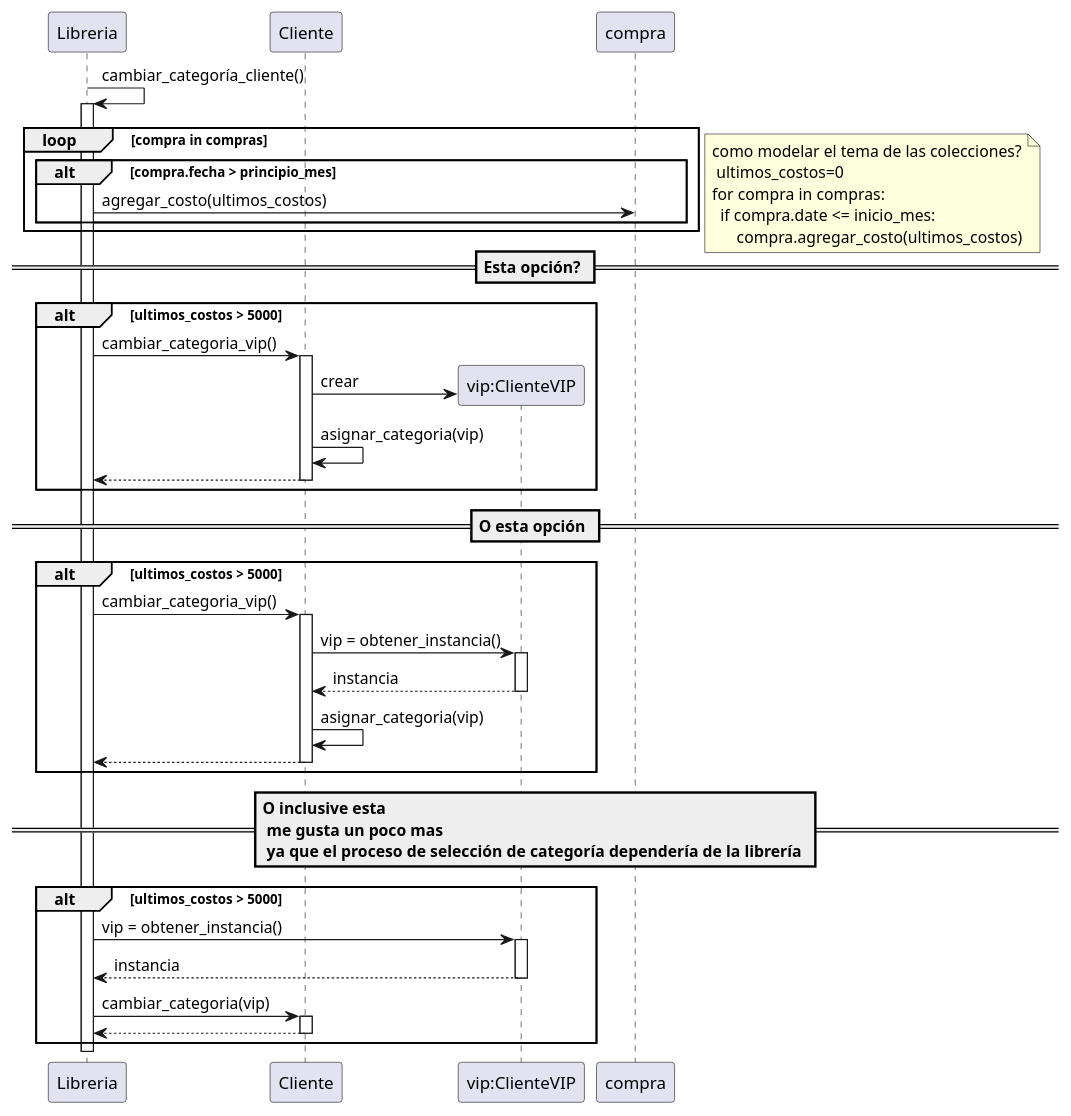
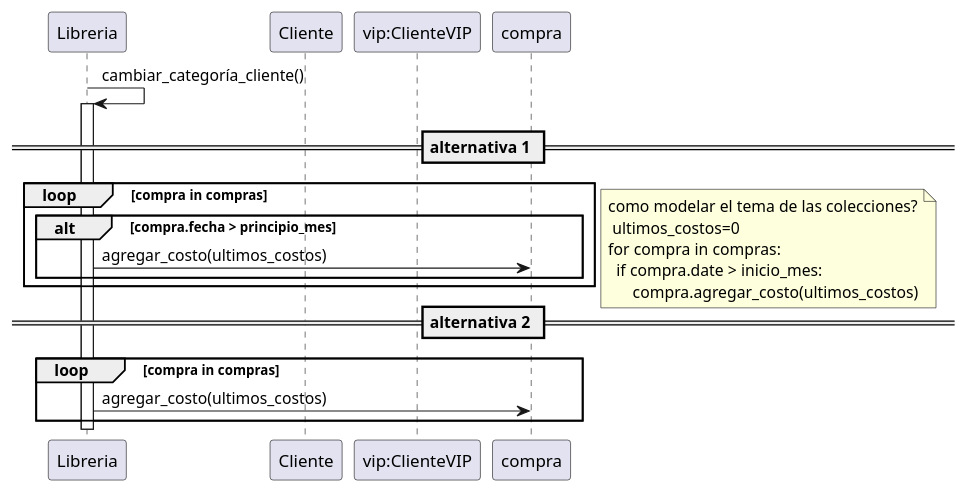
The second of 3 diagrams in tp/secuencia/compra/secuencia.plantuml (pablodanielrey/dsbm), drawn with PlantUML before and after one commit.

Commit message:
acomode el diagrama de secuencia para realizar las consultas a natalia

```diff
--- a/tp/secuencia/compra/secuencia.plantuml
+++ b/tp/secuencia/compra/secuencia.plantuml
@@ -124,57 +124,27 @@
 @startuml consulta_sobre_modelado1
 
 participant Libreria as l
 participant Cliente as cliente
 participant "vip:ClienteVIP" as vip
 
 l -> l : cambiar_categoría_cliente()
 activate l
+
+    == alternativa 1 ==
+
     loop compra in compras
         alt compra.fecha > principio_mes
             l -> compra : agregar_costo(ultimos_costos)
         end
     end
-    note left : como modelar el tema de las colecciones?\n ultimos_costos=0\nfor compra in compras:\n  if compra.date <= inicio_mes:\n      compra.agregar_costo(ultimos_costos)
+    note left : como modelar el tema de las colecciones?\n ultimos_costos=0\nfor compra in compras:\n  if compra.date > inicio_mes:\n      compra.agregar_costo(ultimos_costos)
 
-    == Esta opción? ==
+    == alternativa 2 ==
 
-    alt ultimos_costos > 5000
-        l -> cliente : cambiar_categoria_vip()
-        activate cliente
-            cliente -> vip **: crear
-            cliente -> cliente : asignar_categoria(vip)
-            l <-- cliente
-        deactivate cliente
-    end
-
-    == O esta opción ==
-
-    alt ultimos_costos > 5000
-        l -> cliente : cambiar_categoria_vip()
-        activate cliente
-            cliente -> vip : vip = obtener_instancia()
-            activate vip
-                cliente <-- vip : instancia
-            deactivate vip
-            cliente -> cliente : asignar_categoria(vip)
-            l <-- cliente
-        deactivate cliente
-    end
-
-    == O inclusive esta\n me gusta un poco mas\n ya que el proceso de selección de categoría dependería de la librería ==
-
-    alt ultimos_costos > 5000
-        l -> vip : vip = obtener_instancia()
-        activate vip
-            l <-- vip : instancia
-        deactivate vip
-
-        l -> cliente : cambiar_categoria(vip)
-        activate cliente
-            l <-- cliente
-        deactivate cliente
+    loop compra in compras
+        l -> compra : agregar_costo(ultimos_costos)
     end
 
 
 deactivate l
 @enduml
```
